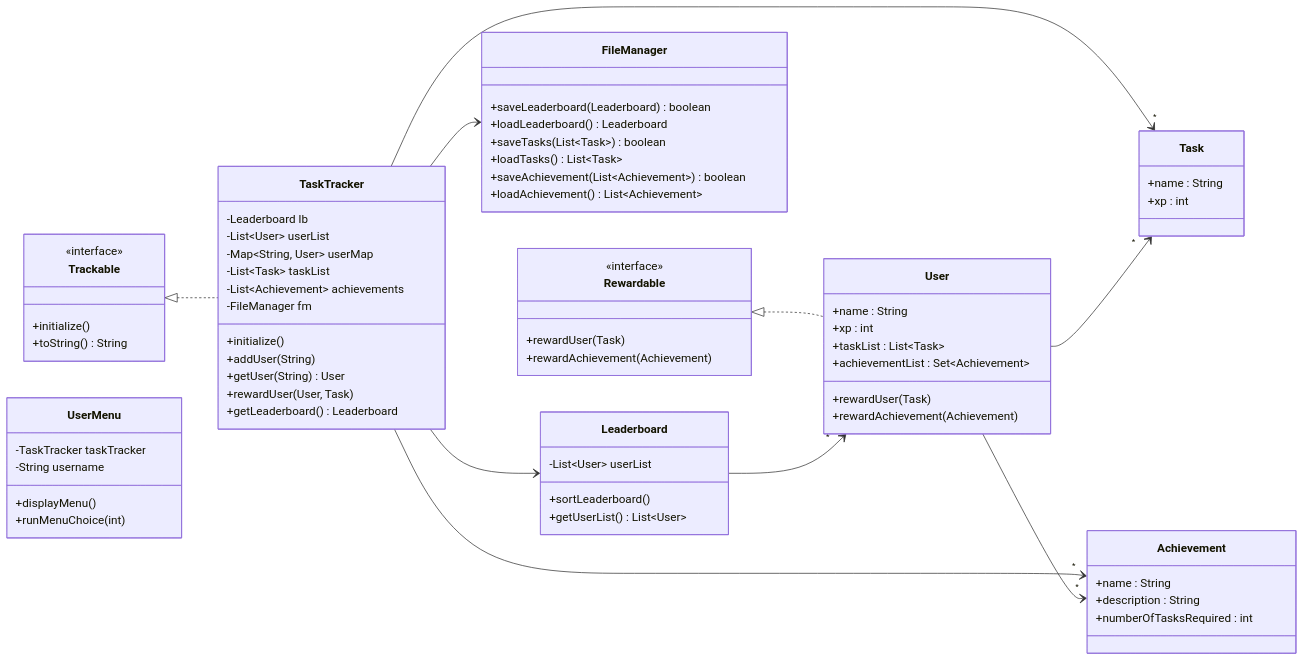
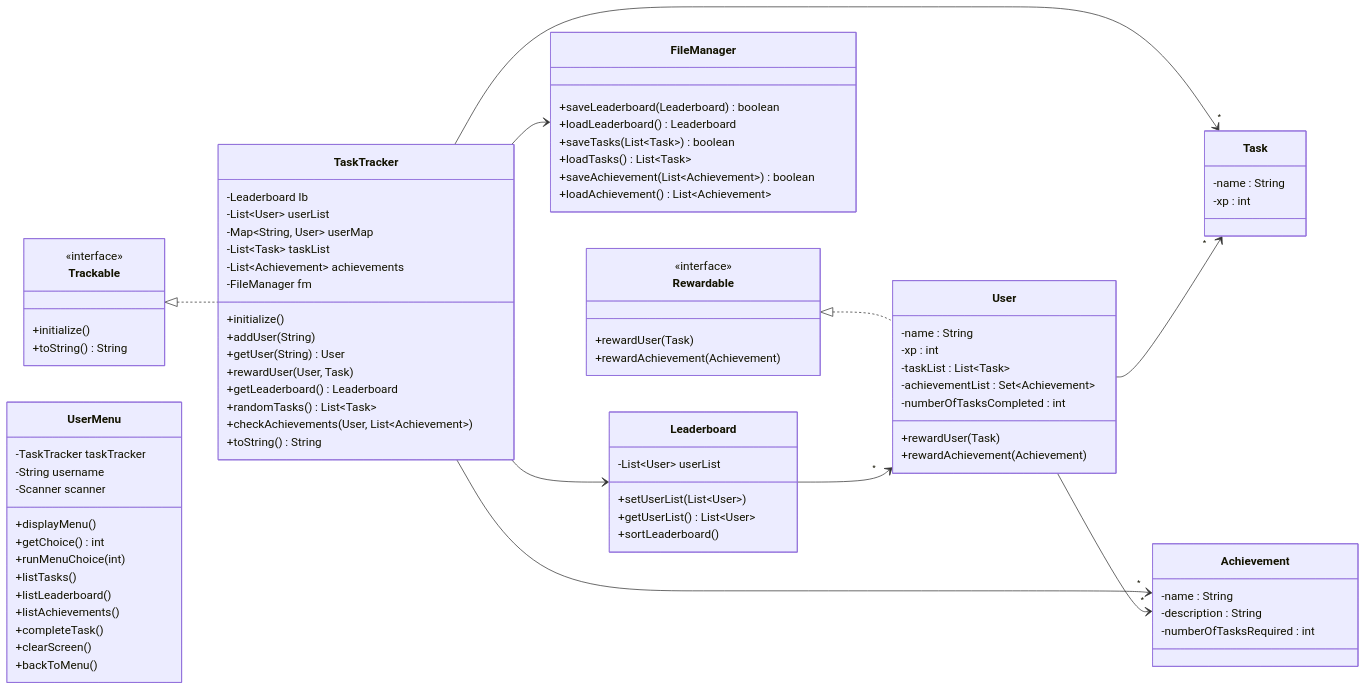
The diagram in README.md (ChircanLaurentiuAndrei/level-up-studying), drawn with Mermaid before and after one commit. The commit also changed 2 other files, not shown here.

Commit message:
diagram corrected

```diff
--- a/README.md
+++ b/README.md
@@ -96,6 +96,9 @@
       +getUser(String) User
       +rewardUser(User, Task)
       +getLeaderboard() Leaderboard
+      +randomTasks() List~Task~
+      +checkAchievements(User, List~Achievement~)
+      +toString() String
     }
 
     class FileManager {
@@ -109,35 +112,45 @@
 
     class Leaderboard {
       -List~User~ userList
+      +setUserList(List~User~)
+      +getUserList() List~User~
       +sortLeaderboard()
-      +getUserList() List~User~
     }
 
     class User {
-      +name : String
-      +xp : int
-      +taskList : List~Task~
-      +achievementList : Set~Achievement~
+      -name : String
+      -xp : int
+      -taskList : List~Task~
+      -achievementList : Set~Achievement~
+      -numberOfTasksCompleted : int
       +rewardUser(Task)
       +rewardAchievement(Achievement)
     }
 
     class Task {
-      +name : String
-      +xp : int
+      -name : String
+      -xp : int
     }
 
     class Achievement {
-      +name : String
-      +description : String
-      +numberOfTasksRequired : int
+      -name : String
+      -description : String
+      -numberOfTasksRequired : int
     }
 
     class UserMenu {
       -TaskTracker taskTracker
       -String username
+      -Scanner scanner
       +displayMenu()
+      +getChoice() int
       +runMenuChoice(int)
+      +listTasks()
+      +listLeaderboard()
+      +listAchievements()
+      +completeTask()
+      +clearScreen()
+      +backToMenu()
     }
 
     Trackable <|.. TaskTracker
```
